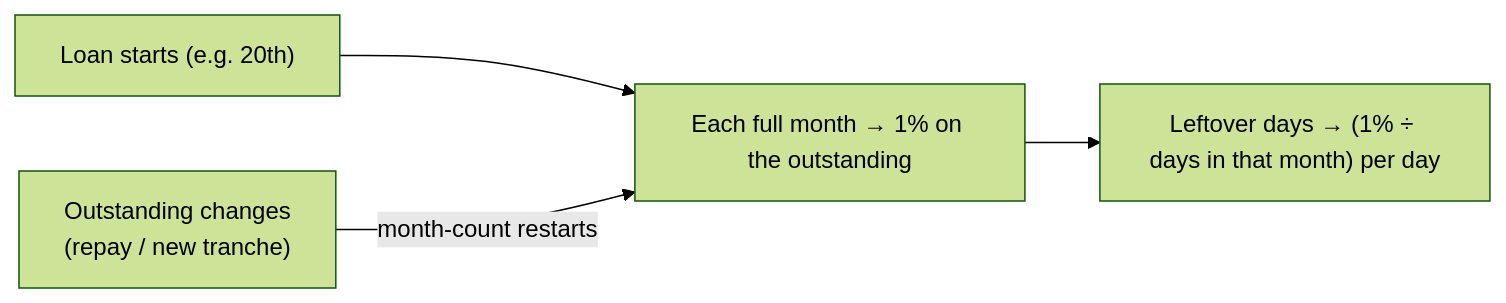
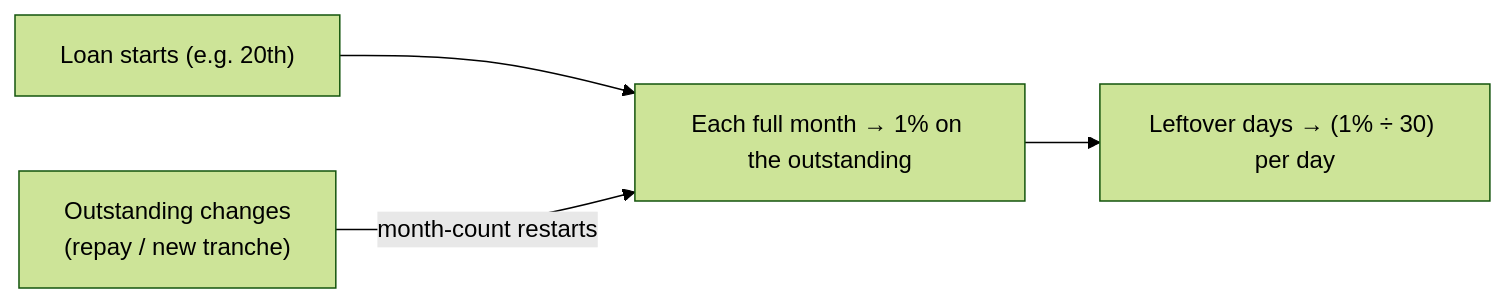
One commit to iam-hussain/peacock changed the seventh of 13 diagrams in docs/PRODUCT.md. Above: the diagram before and after it, drawn with Mermaid (forest theme). The commit also changed other lines of this file and 15 other files, not shown here.

First line of the commit message:
fix(loans): date-only money math, 30-day leftover rate, cycle breakdown UI

````diff
--- a/docs/PRODUCT.md
+++ b/docs/PRODUCT.md
@@ -350,6 +351,6 @@
 ```mermaid
 flowchart LR
   S["Loan starts (e.g. 20th)"] --> M1["Each full month → 1% on the outstanding"]
-  M1 --> DAYS["Leftover days → (1% ÷ days in that month) per day"]
+  M1 --> DAYS["Leftover days → (1% ÷ 30) per day"]
   CHG["Outstanding changes<br/>(repay / new tranche)"] -->|month-count restarts| M1
 ```
````
